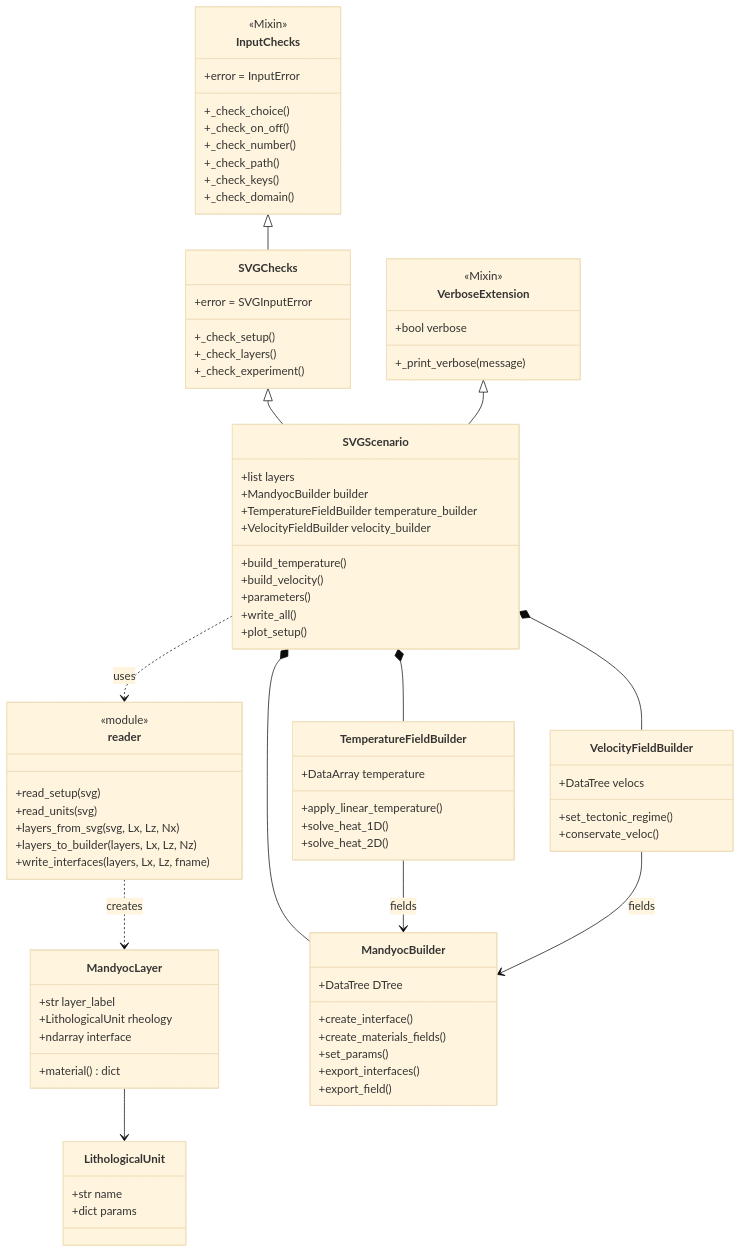
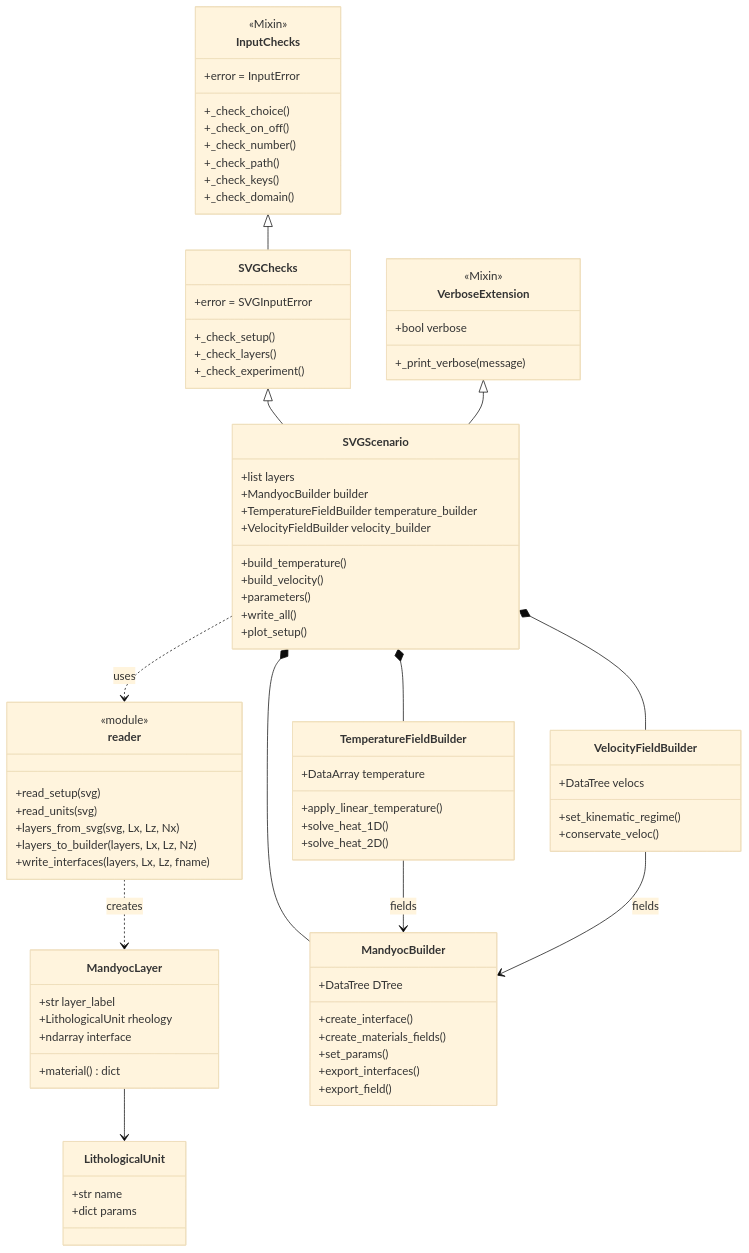
Before and after one commit to geojobueno/tapioca: the first of 3 diagrams in docs/source/abstractions/svg_scenarios.md, drawn with Mermaid (base theme). The commit also changed other lines of this file and 6 other files, not shown here.

First line of the commit message:
Rename set_tectonic_regime to set_kinematic_regime

```diff
--- a/docs/source/abstractions/svg_scenarios.md
+++ b/docs/source/abstractions/svg_scenarios.md
@@ -92,7 +92,7 @@
     }
     class VelocityFieldBuilder {
         +DataTree velocs
-        +set_tectonic_regime()
+        +set_kinematic_regime()
         +conservate_veloc()
     }
     SVGScenario *-- MandyocBuilder
```
